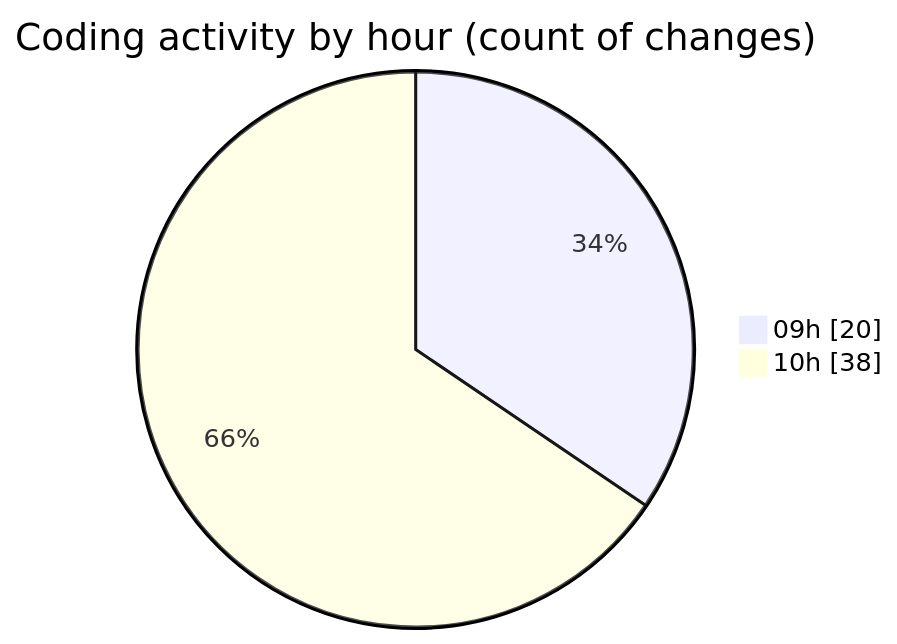
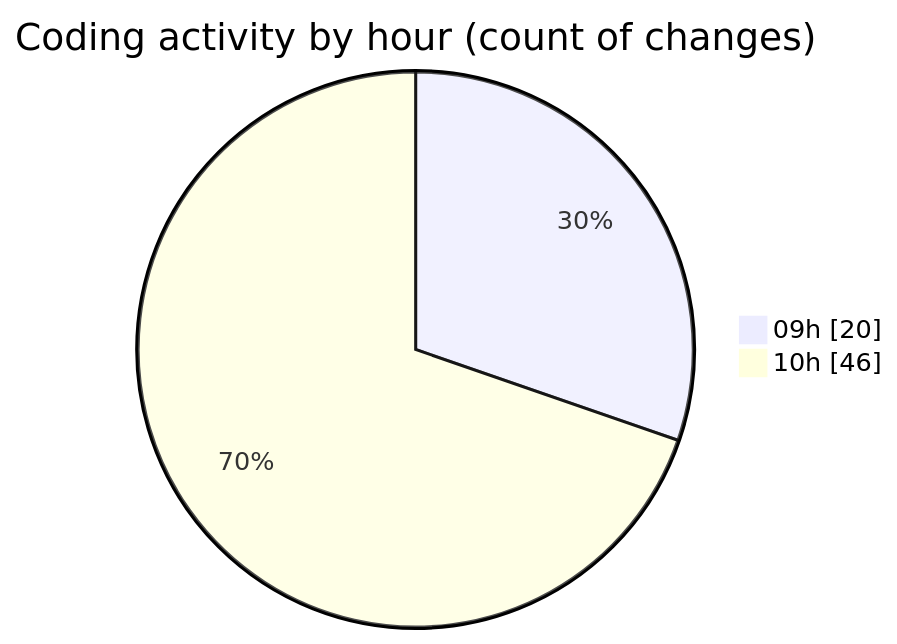
The second of 2 diagrams in 2025-06-06/ecodeli-1/README.md (CELIANVF/code-tracking), drawn with Mermaid before and after one commit. The commit also changed other lines of this file and 1 other file, not shown here.

````diff
--- a/2025-06-06/ecodeli-1/README.md
+++ b/2025-06-06/ecodeli-1/README.md
@@ -56,6 +57,6 @@
 ```mermaid
 pie showData
 title Coding activity by hour (count of changes)
 "09h" : 20
-"10h" : 38
+"10h" : 46
 ```
````
